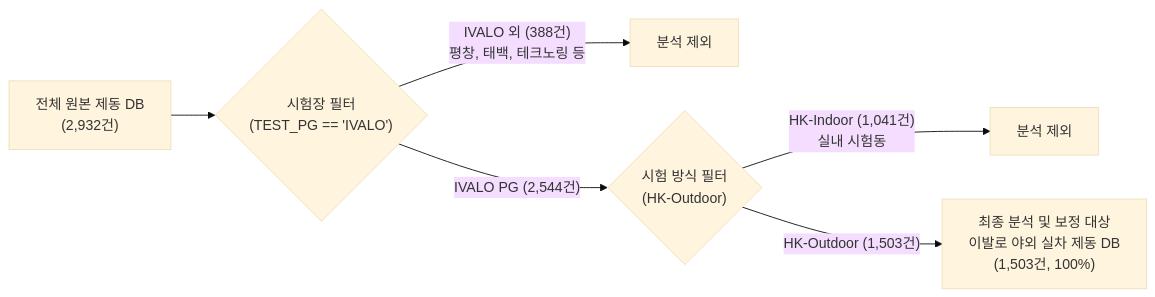
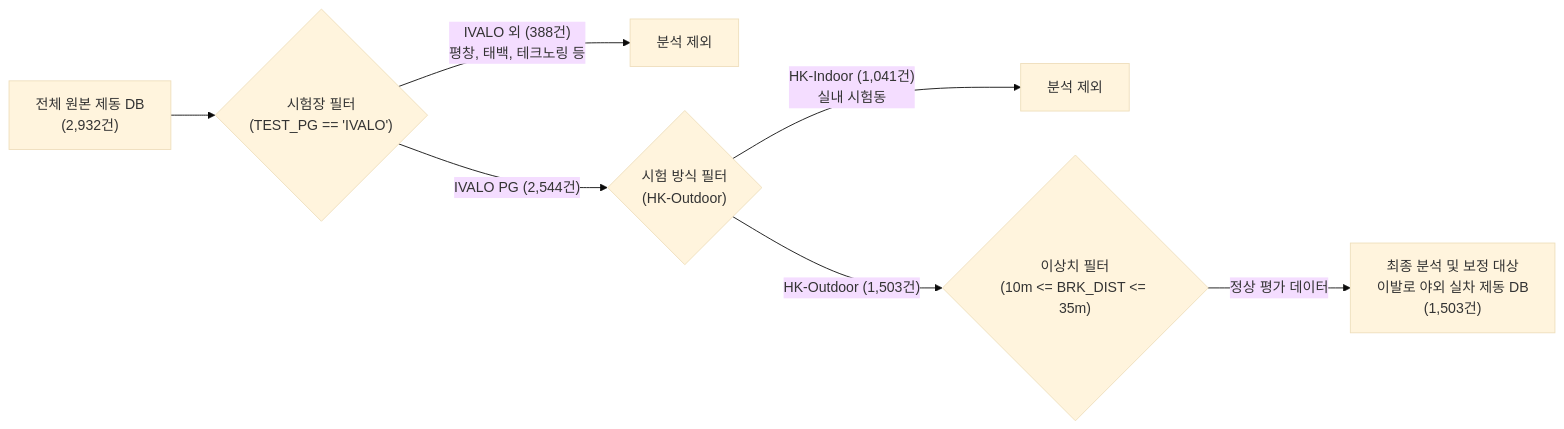
Before and after one commit to uunnooo/00_obsidian: the diagram in 02_Projects/회사_업무/30_Snow_기반기술/30_Historical_Braking_Data_Correct/00_과거_스노우_제동_환경보정_종합_통합보고서.md, drawn with Mermaid (base theme). The commit also changed other lines of this file and 165 other files, not shown here.

````diff
--- a/02_Projects/회사_업무/30_Snow_기반기술/30_Historical_Braking_Data_Correct/00_과거_스노우_제동_환경보정_종합_통합보고서.md
+++ b/02_Projects/회사_업무/30_Snow_기반기술/30_Historical_Braking_Data_Correct/00_과거_스노우_제동_환경보정_종합_통합보고서.md
@@ -13,8 +14,9 @@
 ```mermaid
 flowchart LR
     Total["전체 원본 제동 DB\n(2,932건)"] --> PGFilter{"시험장 필터\n(TEST_PG == 'IVALO')"}
     PGFilter -->|"IVALO 외 (388건)\n평창, 태백, 테크노링 등"| Excluded1["분석 제외"]
     PGFilter -->|"IVALO PG (2,544건)"| MethodFilter{"시험 방식 필터\n(HK-Outdoor)"}
     MethodFilter -->|"HK-Indoor (1,041건)\n실내 시험동"| Excluded2["분석 제외"]
-    MethodFilter -->|"HK-Outdoor (1,503건)"| FinalDB["최종 분석 및 보정 대상\n이발로 야외 실차 제동 DB\n(1,503건, 100%)"]
+    MethodFilter -->|"HK-Outdoor (1,503건)"| OutlierFilter{"이상치 필터\n(10m <= BRK_DIST <= 35m)"}
+    OutlierFilter -->|"정상 평가 데이터"| FinalDB["최종 분석 및 보정 대상\n이발로 야외 실차 제동 DB\n(1,503건)"]
 ```
````
